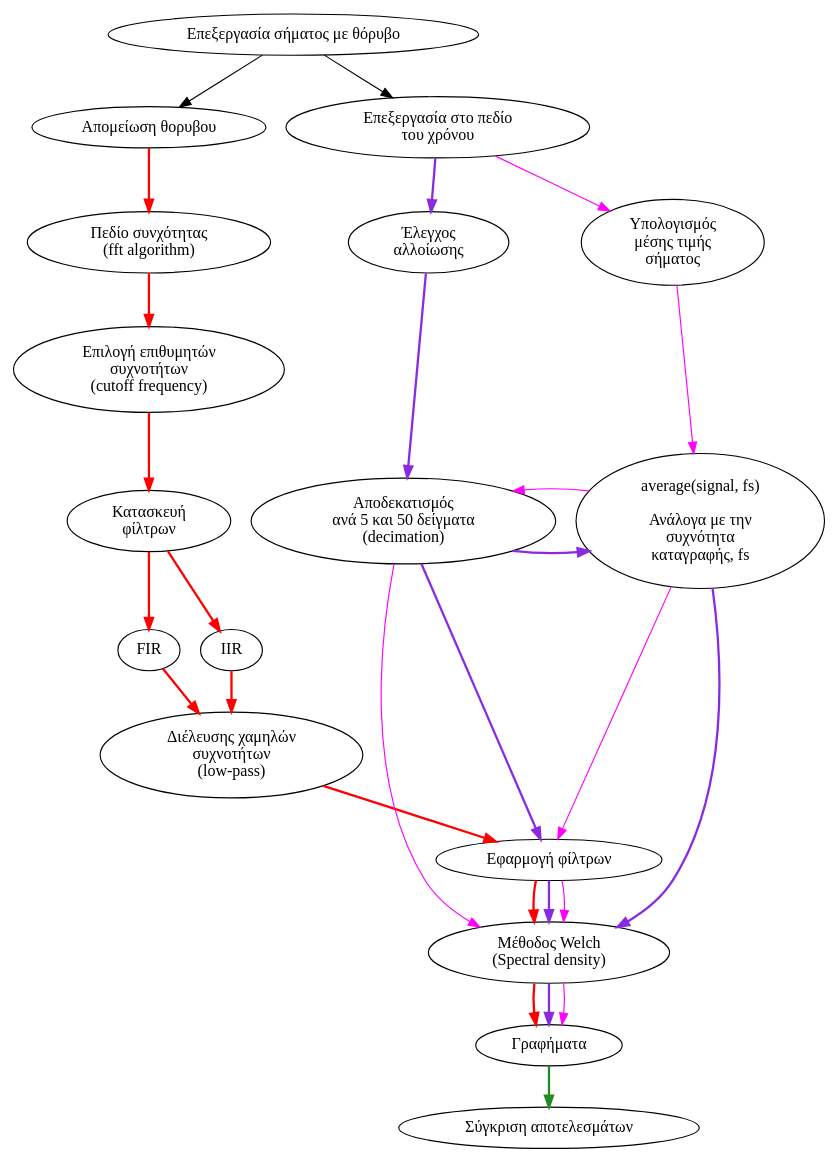
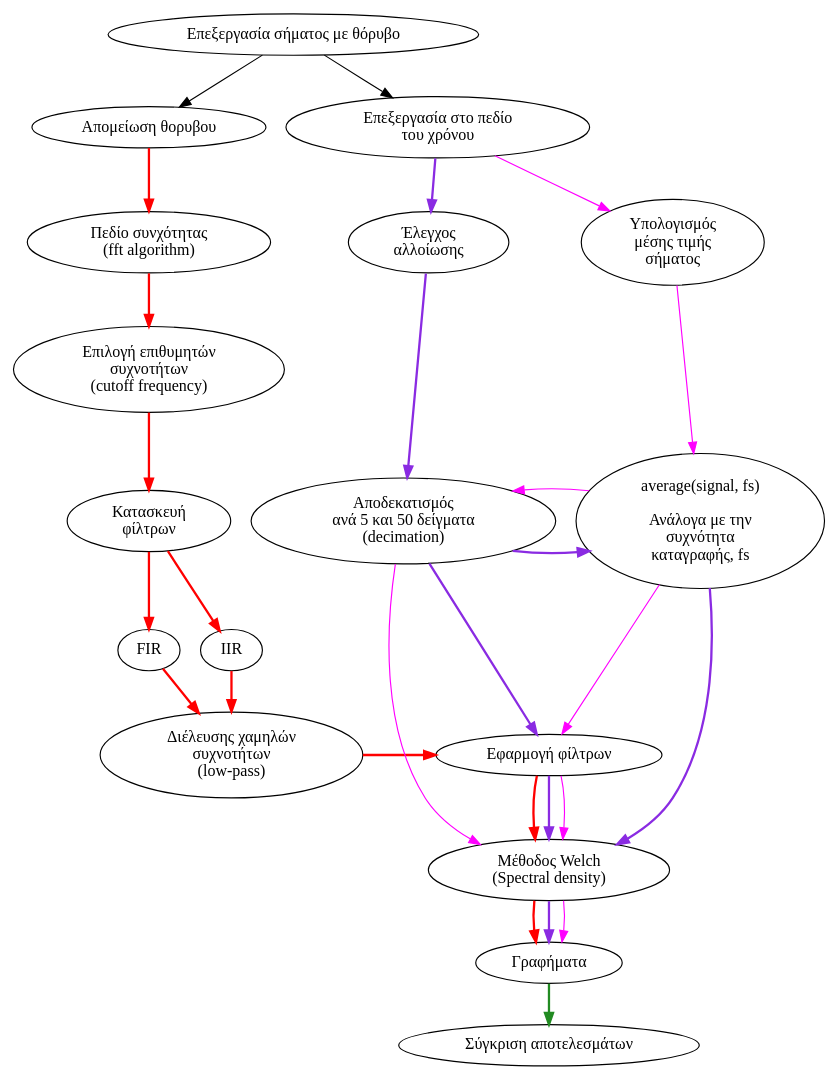
Before and after one commit to hmu-mech-npap/diss.tn.doc: the diagram in dissertation document/main_doc/graphviz/proc-methods.gv, drawn with Graphviz. The commit also changed 5 other files, not shown here.

Commit message:
methodology and filters graph samples in explanation

```diff
--- a/dissertation document/main_doc/graphviz/proc-methods.gv
+++ b/dissertation document/main_doc/graphviz/proc-methods.gv
@@ -1,59 +1,60 @@
 digraph processing {
     // root of operations
     root [label="Επεξεργασία σήματος με θόρυβο" ]
     filt [label="Απομείωση θορυβου"]
     aliasing [label="Έλεγχος \n αλλοίωσης"]
     averg [label="Υπολογισμός \n μέσης τιμής \n σήματος"]
 
     // filter related
     fir [label="FIR"]
     iir [label="IIR"]
     apply [label="Εφαρμογή φίλτρων"]
     filterconst [label="Κατασκευή \n φίλτρων"]
     filt_type [label="Διέλευσης χαμηλών \n συχνοτήτων \n (low-pass)"]
 
     // aliasing
     decimop [label="Αποδεκατισμός \n ανά 5 και 50 δείγματα \n (decimation)"]
     timedom [label="Επεξεργασία στο πεδίο \n του χρόνου"]
 
     //general bubbles
     graphs [label="Γραφήματα"]
     fftmethod [label= "Πεδίο συνχότητας \n (fft algorithm)" ]
     choosfilt [label="Επιλογή επιθυμητών \n συχνοτήτων \n(cutoff frequency)"]
     results [label="Σύγκριση αποτελεσμάτων"]
     avrged [label="average(signal, fs) \n \n Ανάλογα με την \n συχνότητα \n καταγραφής, fs"]
     welch [label="Μέθοδος Welch \n (Spectral density)"]
 
+    {rank=same; apply filt_type }
     {rank=same; filt timedom }
     {rank=same; fftmethod aliasing averg}
     {rank=same; decimop filterconst avrged}
 
     // start the graph at last 🫠
     root -> {filt timedom}
 
     // filtering path
     filt ->
     fftmethod ->
     choosfilt ->
     filterconst -> {fir iir} ->
     filt_type ->
     apply ->
     welch ->
     graphs [style=bold, color=red]
 
     // aliasing path
     timedom ->
     aliasing ->
     decimop -> {apply avrged} ->
     welch ->
     graphs[color=blueviolet , style=bold]
 
     // aliasing path
     timedom ->
     averg ->
     avrged -> {decimop apply} ->
     welch ->
     graphs [color=magenta]
 
     graphs -> results [color=forestgreen, style=bold]
 }
```
